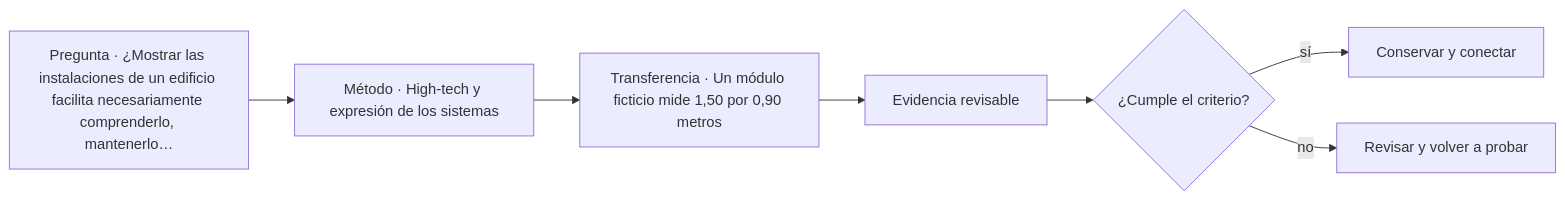
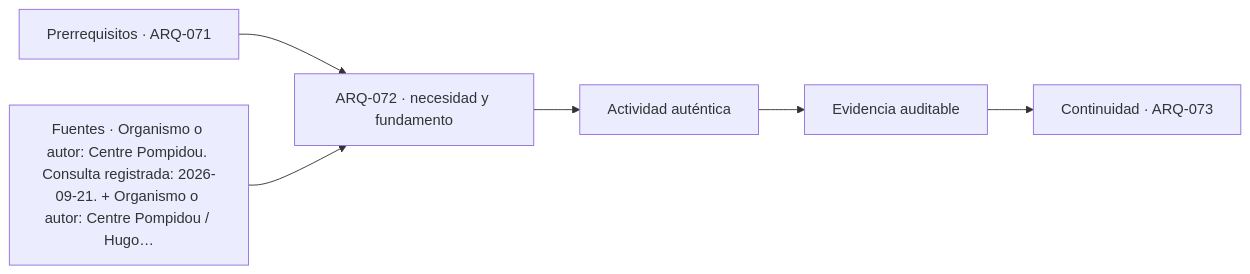
One commit to vladimiracunadev-create/architecture-built-environment-learning-program changed the diagram in classes/parte-08/ARQ-072.md. Above: the diagram before and after it, drawn with Mermaid. The commit also changed other lines of this file and 761 other files, not shown here.

````diff
--- a/classes/parte-08/ARQ-072.md
+++ b/classes/parte-08/ARQ-072.md
@@ -101,9 +113,8 @@
 ```mermaid
 flowchart LR
-    Q["Pregunta · ¿Mostrar las instalaciones de un edificio facilita necesariamente comprenderlo, mantenerlo…"] --> M["Método · High-tech y expresión de los sistemas"]
-    M --> P["Transferencia · Un módulo ficticio mide 1,50 por 0,90 metros"]
-    P --> E["Evidencia revisable"]
-    E --> C{"¿Cumple el criterio?"}
-    C -->|sí| T["Conservar y conectar"]
-    C -->|no| R["Revisar y volver a probar"]
+    A["Prerrequisitos · ARQ-071"] --> B["ARQ-072 · necesidad y fundamento"]
+    S["Fuentes · Organismo o autor: Centre Pompidou. Consulta registrada: 2026-09-21. + Organismo o autor: Centre Pompidou / Hugo…"] --> B
+    B --> C["Actividad auténtica"]
+    C --> D["Evidencia auditable"]
+    D --> E["Continuidad · ARQ-073"]
 ```
````
